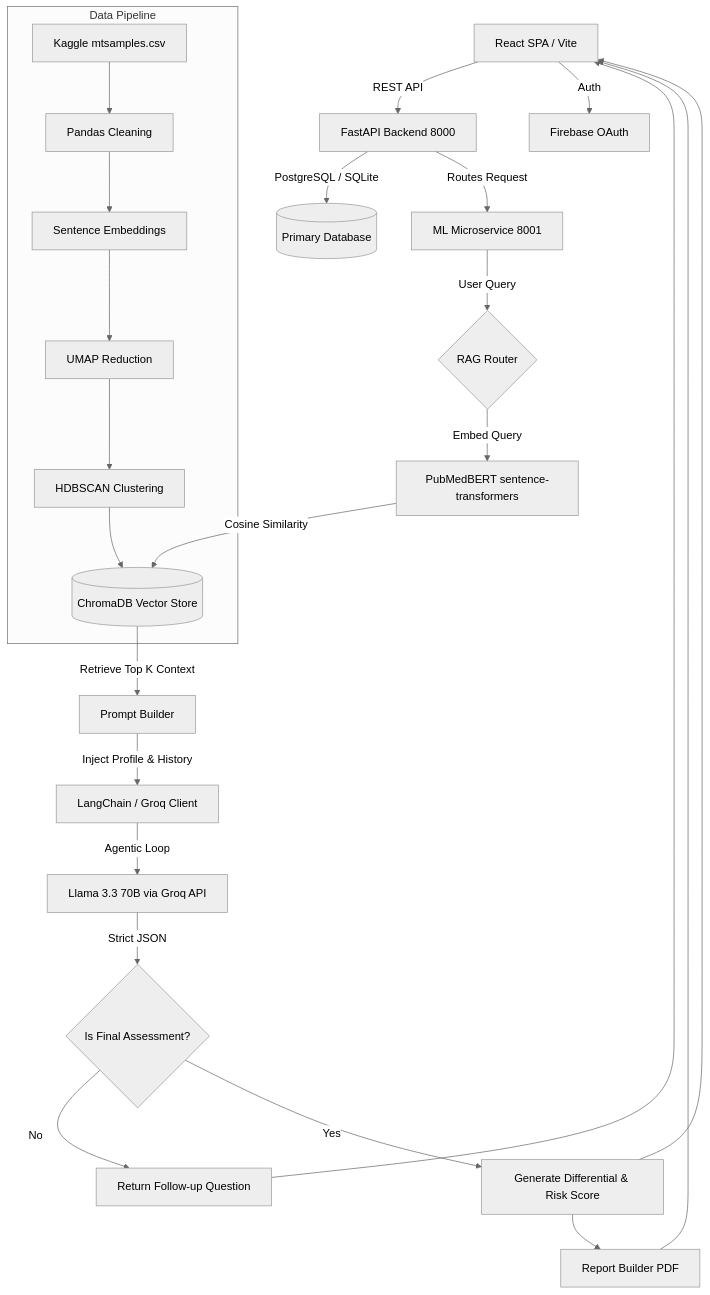
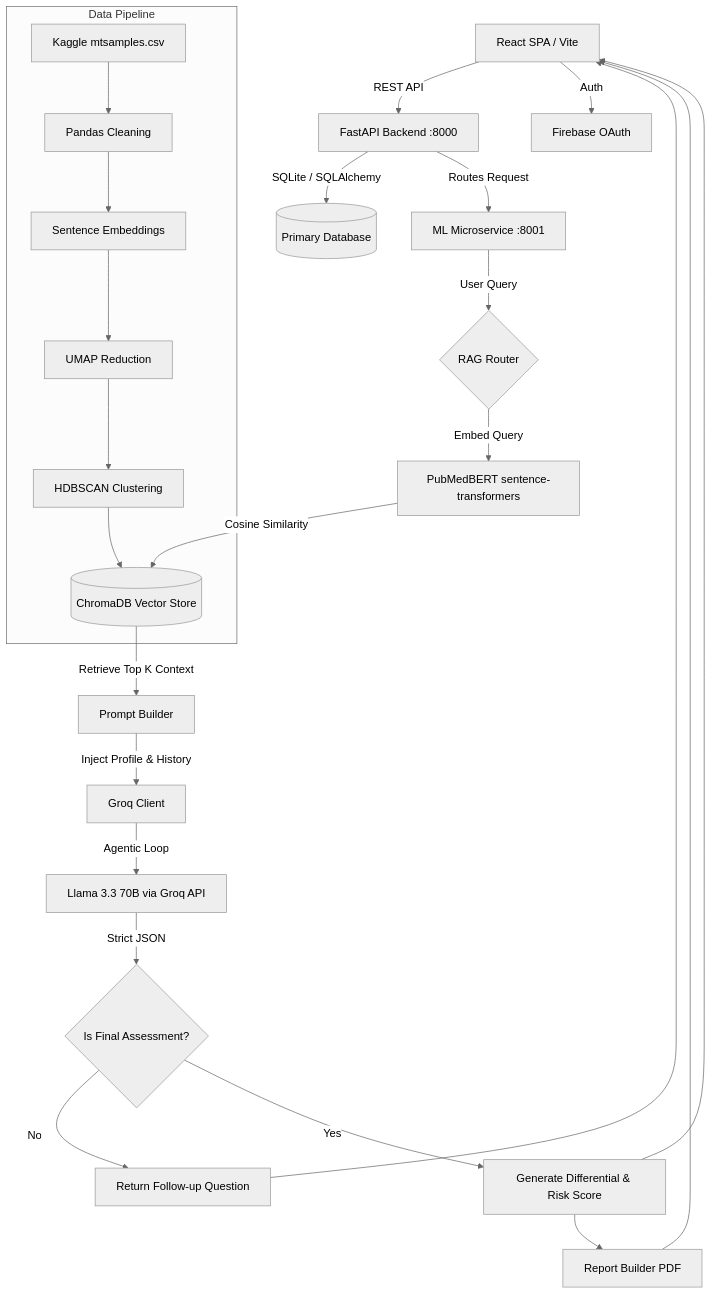
The diagram in README.md (quirky-sharan/equinox), drawn with Mermaid (neutral theme) before and after one commit. The commit also changed other lines of this file, not shown here.

````diff
--- a/README.md
+++ b/README.md
@@ -83,31 +209,31 @@
 ```mermaid
 graph TD
-    A[React SPA / Vite] -->|REST API| B[FastAPI Backend 8000]
+    A[React SPA / Vite] -->|REST API| B[FastAPI Backend :8000]
     A -->|Auth| Firebase[Firebase OAuth]
-    B -->|PostgreSQL / SQLite| C[(Primary Database)]
-    B -->|Routes Request| D[ML Microservice 8001]
-    
+    B -->|SQLite / SQLAlchemy| C[(Primary Database)]
+    B -->|Routes Request| D[ML Microservice :8001]
+
     D -->|User Query| E{RAG Router}
     E -->|Embed Query| F[PubMedBERT sentence-transformers]
     F -->|Cosine Similarity| G[(ChromaDB Vector Store)]
     G -->|Retrieve Top K Context| H[Prompt Builder]
-    H -->|Inject Profile & History| I[LangChain / Groq Client]
-    
+    H -->|Inject Profile & History| I[Groq Client]
+
     I -->|Agentic Loop| J[Llama 3.3 70B via Groq API]
     J -->|Strict JSON| K{Is Final Assessment?}
     K -- No --> L[Return Follow-up Question]
     K -- Yes --> M[Generate Differential & Risk Score]
-    
+
     L --> A
     M --> N[Report Builder PDF]
     M --> A
     N --> A
-    
+
     subgraph Data Pipeline
     Z[Kaggle mtsamples.csv] --> Y[Pandas Cleaning]
     Y --> X[Sentence Embeddings]
     X --> W[UMAP Reduction]
     W --> V[HDBSCAN Clustering]
     V --> G
     end
 ```
````
